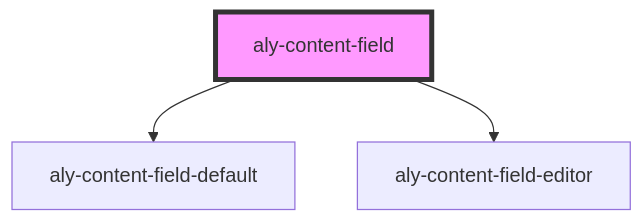
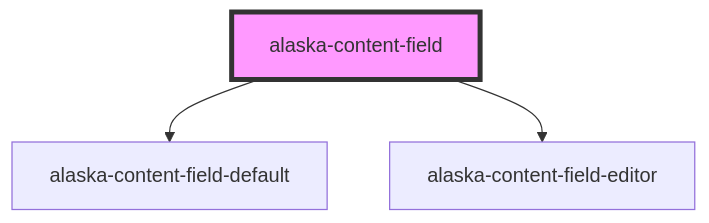
The diagram in core/src/components/fields/content-field/readme.md (alaska-project/alaska-contents), drawn with Mermaid before and after one commit. The commit also changed other lines of this file and 56 other files, not shown here.

````diff
--- a/core/src/components/fields/content-field/readme.md
+++ b/core/src/components/fields/content-field/readme.md
@@ -39,6 +39,6 @@
 ```mermaid
 graph TD;
-  aly-content-field --> aly-content-field-default
-  aly-content-field --> aly-content-field-editor
-  style aly-content-field fill:#f9f,stroke:#333,stroke-width:4px
+  alaska-content-field --> alaska-content-field-default
+  alaska-content-field --> alaska-content-field-editor
+  style alaska-content-field fill:#f9f,stroke:#333,stroke-width:4px
 ```
````
